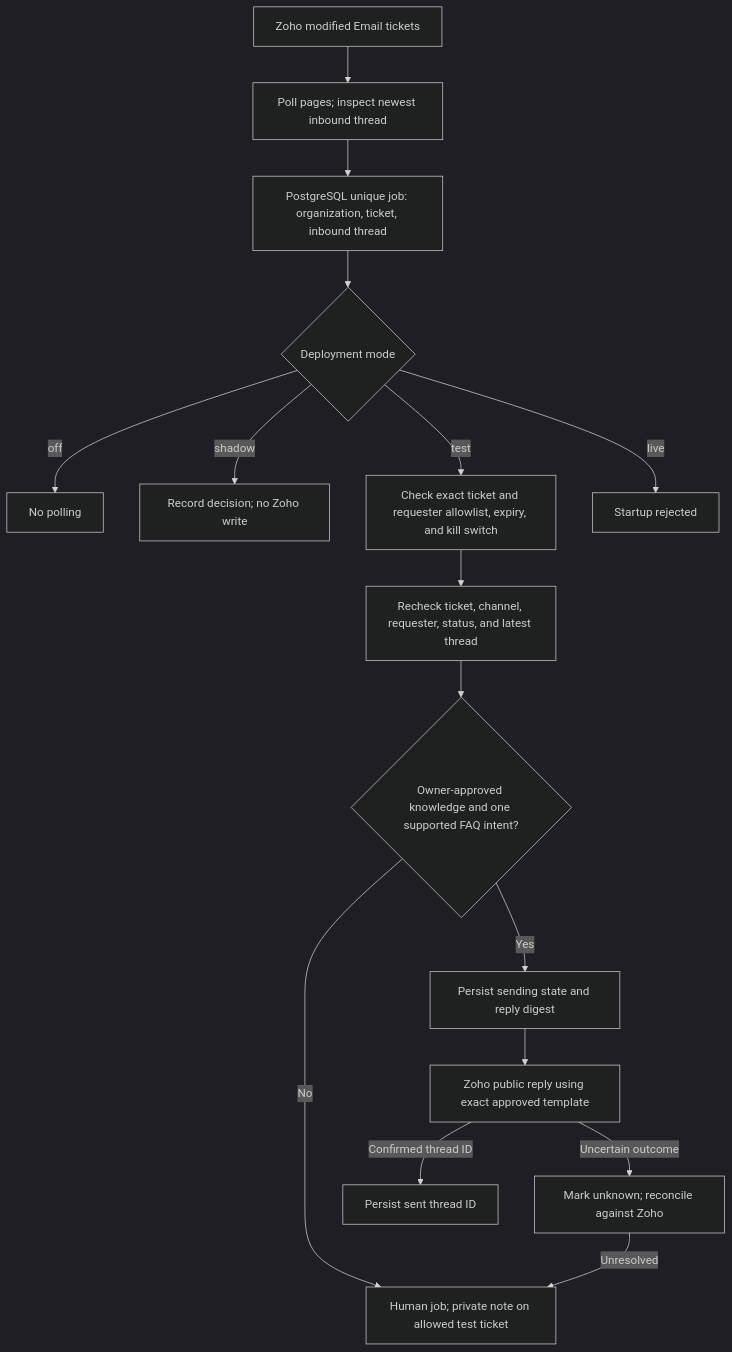
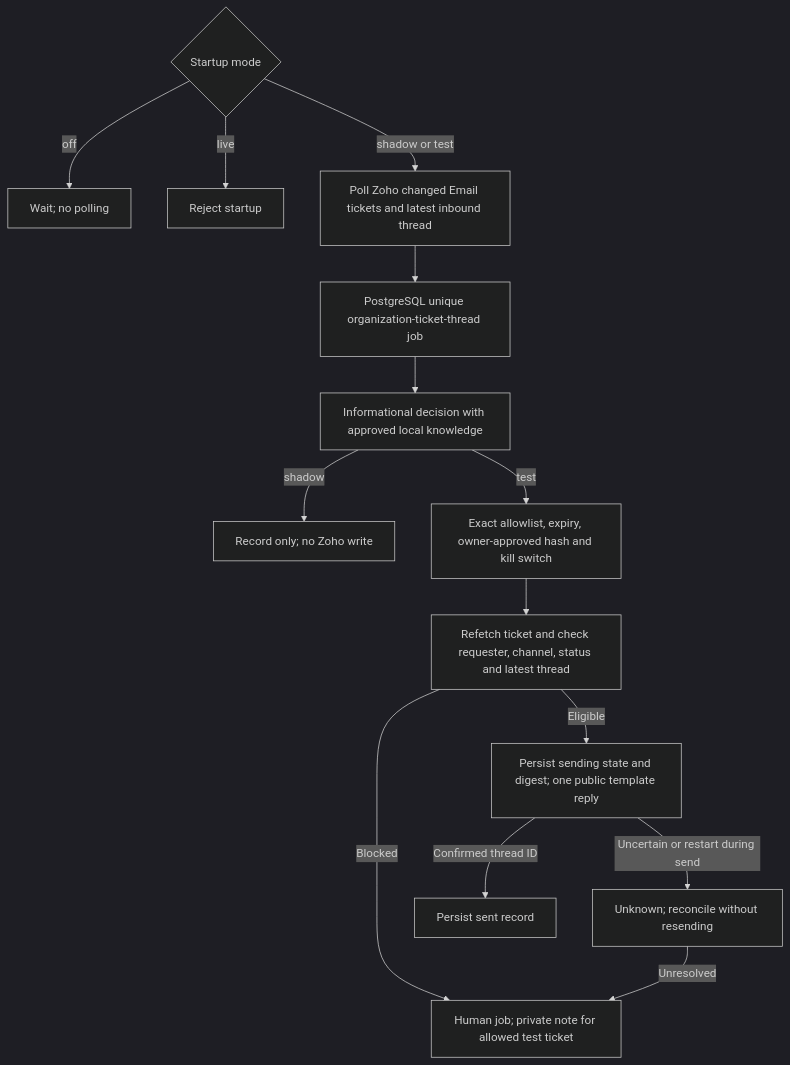
The second of 2 diagrams in docs/architecture.md (brajeshkumar7/Customer-support-ticket-triage-and-draft-response-agent), drawn with Mermaid (dark theme) before and after one commit. The commit also changed other lines of this file and 16 other files, not shown here.

````diff
--- a/docs/architecture.md
+++ b/docs/architecture.md
@@ -71,18 +92,16 @@
 ```mermaid
 flowchart TD
-    A[Zoho modified Email tickets] --> B[Poll pages; inspect newest inbound thread]
-    B --> C[PostgreSQL unique job: organization, ticket, inbound thread]
-    C --> D{Deployment mode}
-    D -->|off| X[No polling]
-    D -->|shadow| E[Record decision; no Zoho write]
-    D -->|test| F[Check exact ticket and requester allowlist, expiry, and kill switch]
-    D -->|live| Y[Startup rejected]
-    F --> G[Recheck ticket, channel, requester, status, and latest thread]
-    G --> H{Owner-approved knowledge and one supported FAQ intent?}
-    H -->|No| I[Human job; private note on allowed test ticket]
-    H -->|Yes| J[Persist sending state and reply digest]
-    J --> K[Zoho public reply using exact approved template]
-    K -->|Confirmed thread ID| L[Persist sent thread ID]
-    K -->|Uncertain outcome| M[Mark unknown; reconcile against Zoho]
-    M -->|Unresolved| I
+    A{Startup mode} -->|off| O[Wait; no polling]
+    A -->|live| L[Reject startup]
+    A -->|shadow or test| B[Poll Zoho changed Email tickets and latest inbound thread]
+    B --> C[PostgreSQL unique organization-ticket-thread job]
+    C --> D[Informational decision with approved local knowledge]
+    D -->|shadow| SH[Record only; no Zoho write]
+    D -->|test| E[Exact allowlist, expiry, owner-approved hash and kill switch]
+    E --> F[Refetch ticket and check requester, channel, status and latest thread]
+    F -->|Blocked| H[Human job; private note for allowed test ticket]
+    F -->|Eligible| G[Persist sending state and digest; one public template reply]
+    G -->|Confirmed thread ID| S[Persist sent record]
+    G -->|Uncertain or restart during send| U[Unknown; reconcile without resending]
+    U -->|Unresolved| H
 ```
````
